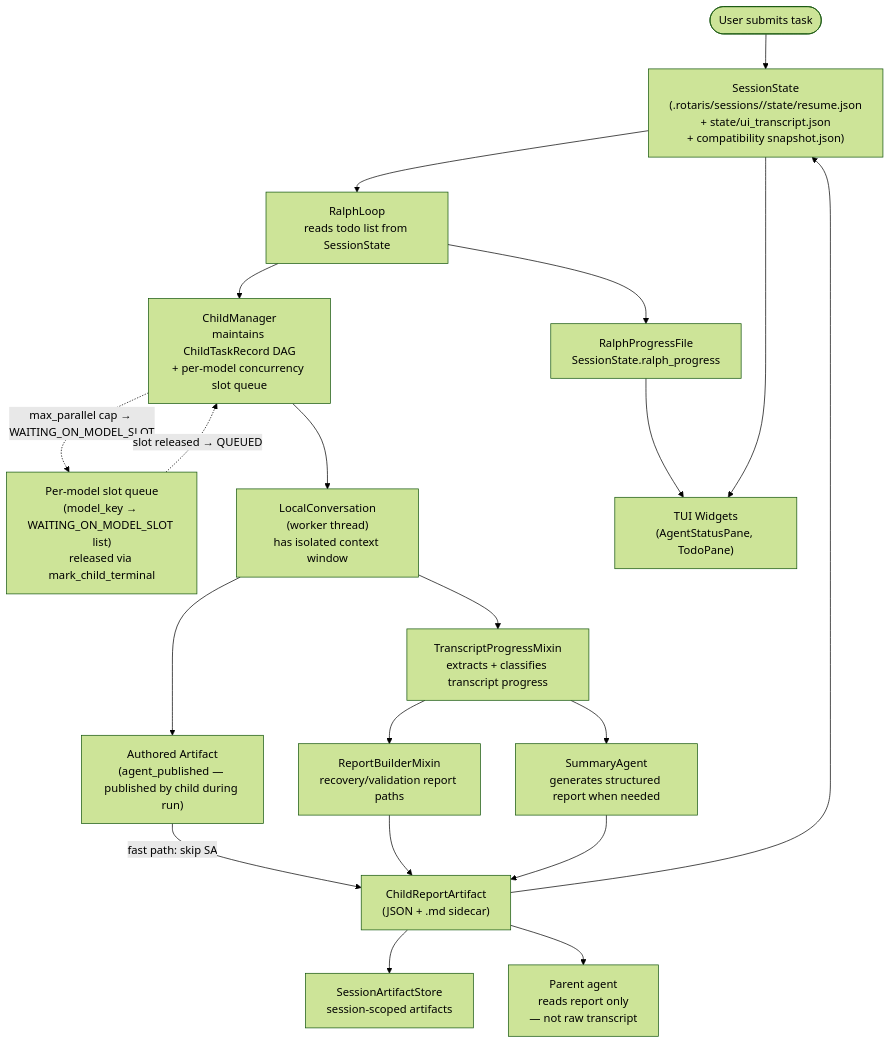
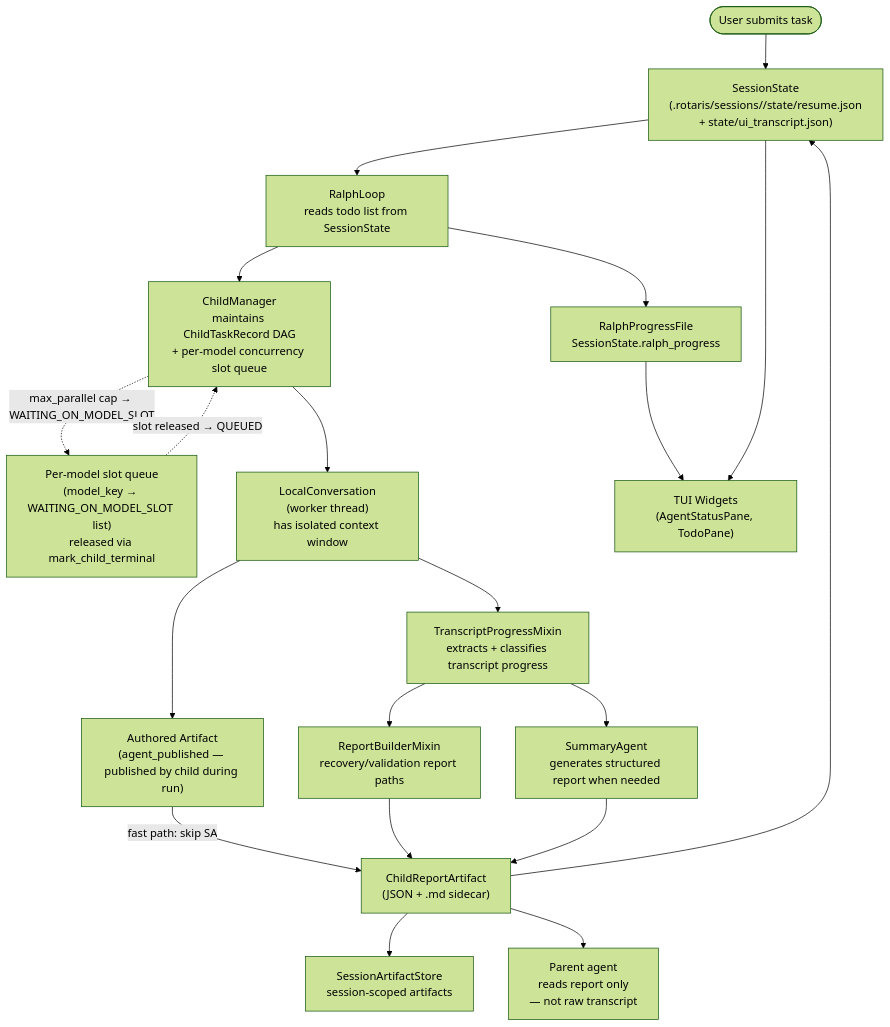
The diagram in docs/architecture/05-data-flow.md (Concrete-Dynamics/Rotaris), drawn with Mermaid (forest theme) before and after one commit. The commit also changed other lines of this file and 15 other files, not shown here.

````diff
--- a/docs/architecture/05-data-flow.md
+++ b/docs/architecture/05-data-flow.md
@@ -15,38 +17,38 @@
 ```mermaid
 flowchart TD
     USER(["User submits task"])
-    SS["SessionState\n(.rotaris/sessions/<id>/state/resume.json\n+ state/ui_transcript.json\n+ compatibility snapshot.json)"]
+    SS["SessionState\n(.rotaris/sessions/<id>/state/resume.json\n+ state/ui_transcript.json)"]
     RALPH["RalphLoop\nreads todo list from SessionState"]
     CM["ChildManager\nmaintains ChildTaskRecord DAG\n+ per-model concurrency slot queue"]
     SLOT_Q["Per-model slot queue\n(model_key → WAITING_ON_MODEL_SLOT list)\nreleased via mark_child_terminal"]
     CHILD["LocalConversation\n(worker thread)\nhas isolated context window"]
     TP["TranscriptProgressMixin\nextracts + classifies transcript progress"]
     RB["ReportBuilderMixin\nrecovery/validation report paths"]
     SA["SummaryAgent\ngenerates structured report when needed"]
     AA["Authored Artifact\n(agent_published — published by child during run)"]
     REPORT["ChildReportArtifact\n(JSON + .md sidecar)"]
     STORE["SessionArtifactStore\nsession-scoped artifacts"]
     PARENT["Parent agent\nreads report only\n— not raw transcript"]
     PROGRESS["RalphProgressFile\nSessionState.ralph_progress"]
     TUI_PANE["TUI Widgets\n(AgentStatusPane, TodoPane)"]
 
     USER --> SS
     SS --> RALPH
     RALPH --> CM
     CM -.->|"max_parallel cap → WAITING_ON_MODEL_SLOT"| SLOT_Q
     SLOT_Q -.->|"slot released → QUEUED"| CM
     CM --> CHILD
     CHILD --> TP
     CHILD --> AA
     TP --> RB
     TP --> SA
     AA -->|"fast path: skip SA"| REPORT
     RB --> REPORT
     SA --> REPORT
     REPORT --> STORE
     REPORT --> PARENT
     REPORT --> SS
     RALPH --> PROGRESS
     PROGRESS --> TUI_PANE
     SS --> TUI_PANE
 ```
````
